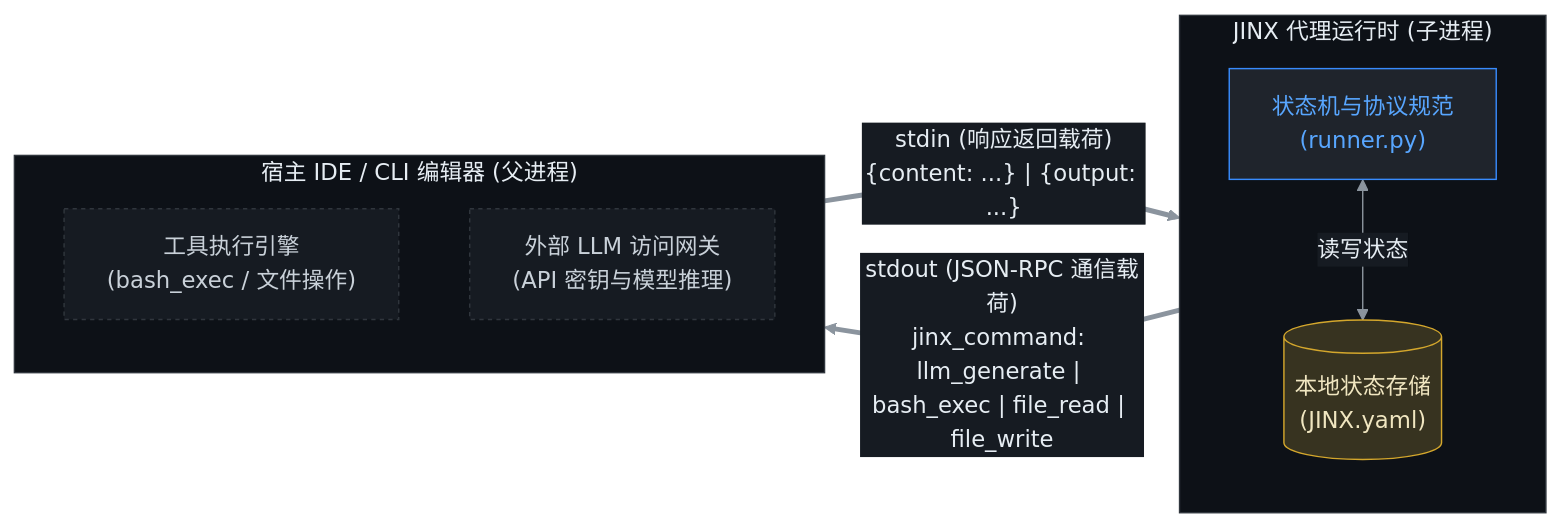
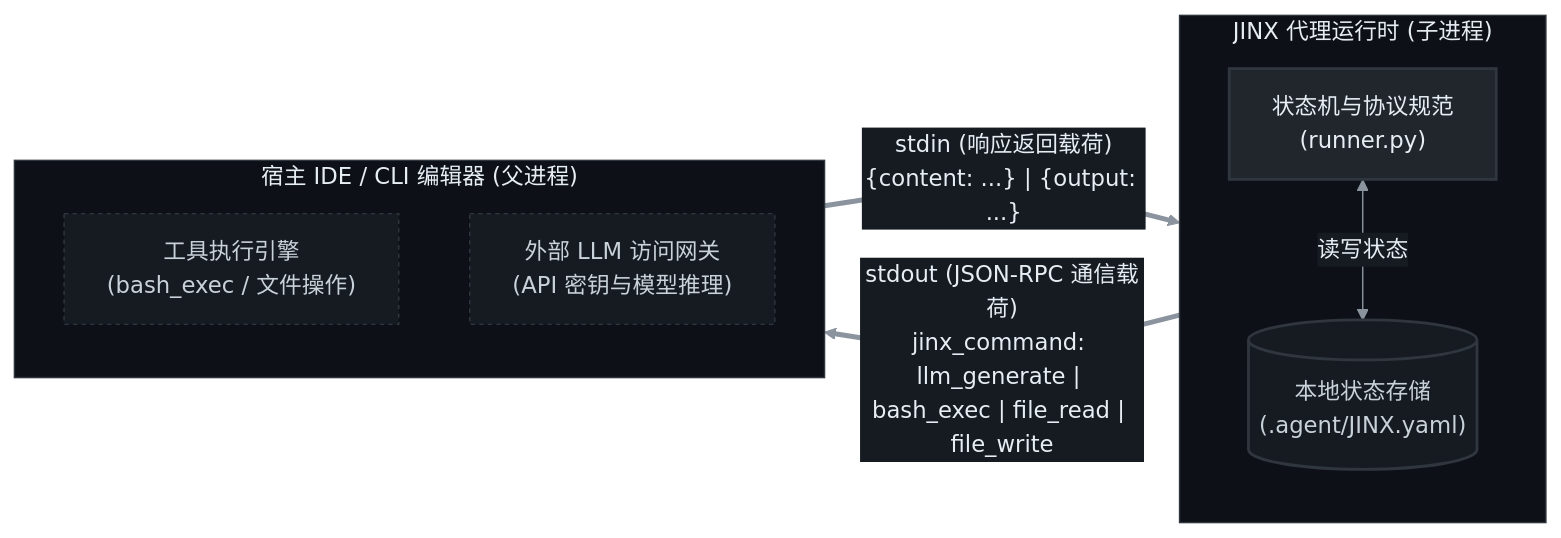
Before and after one commit to machinegpt/agent: the first of 5 diagrams in README_ZH.md, drawn with Mermaid. The commit also changed other lines of this file and 8 other files, not shown here.

````diff
--- a/README_ZH.md
+++ b/README_ZH.md
@@ -22,25 +22,25 @@
 ```mermaid
 %%{init: {'theme': 'base', 'themeVariables': {"darkMode": true, "background": "#0d1117", "primaryColor": "#21262d", "primaryTextColor": "#e6edf3", "primaryBorderColor": "#8b949e", "lineColor": "#8b949e", "textColor": "#e6edf3", "edgeLabelBackground": "#161b22", "mainBkg": "#21262d", "nodeBorder": "#8b949e", "nodeTextColor": "#e6edf3"}}}%%
-graph LR
+flowchart LR
     classDef sub fill:#161b22,stroke:#30363d,stroke-dasharray: 3 3,color:#c9d1d9;
-    classDef state fill:#1f242c,stroke:#388bfd,color:#58a6ff;
-    classDef yaml fill:#373320,stroke:#d4a72c,color:#f0e6c0;
+    classDef state fill:#21262d,stroke:#30363d,stroke-width:2px,color:#e6edf3;
+    classDef yaml fill:#161b22,stroke:#30363d,stroke-width:2px,color:#c9d1d9;
 
     subgraph JINX["JINX 代理运行时 (子进程)"]
         direction TB
         SM["状态机与协议规范<br/>(runner.py)"]:::state
-        DB[("本地状态存储<br/>(JINX.yaml)")]:::yaml
+        DB[("本地状态存储<br/>(.agent/JINX.yaml)")]:::yaml
         SM <-->|"读写状态"| DB
     end
     style JINX fill:#0d1117,stroke:#30363d,color:#e6edf3
 
     subgraph HOST["宿主 IDE / CLI 编辑器 (父进程)"]
         direction TB
         EXE["工具执行引擎<br/>(bash_exec / 文件操作)"]:::sub
         LLM["外部 LLM 访问网关<br/>(API 密钥与模型推理)"]:::sub
     end
     style HOST fill:#0d1117,stroke:#30363d,color:#e6edf3
 
     SM ==>|"stdout (JSON-RPC 通信载荷)<br/>jinx_command: llm_generate | bash_exec | file_read | file_write"| HOST
     HOST ==>|"stdin (响应返回载荷)<br/>{content: ...} | {output: ...}"| SM
 ```
````
